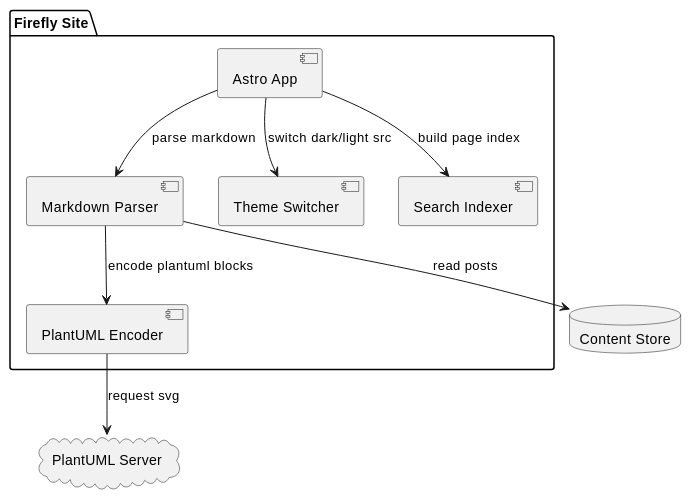
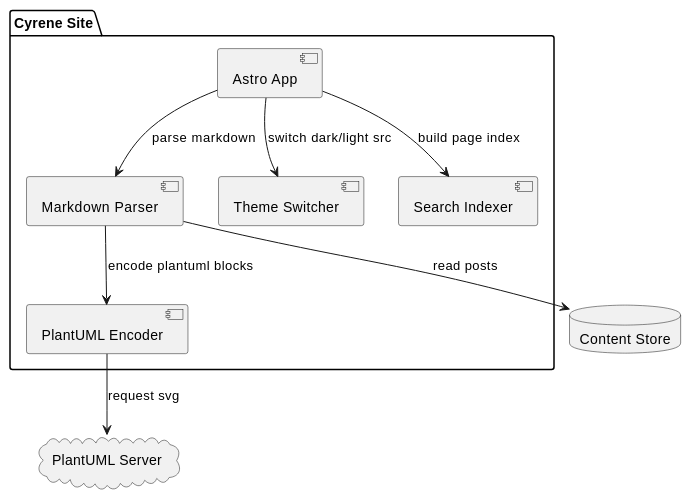
The fifth of 9 diagrams in src/content/posts/markdown-plantuml.md (aozorae/cyrene-blog), drawn with PlantUML before and after one commit. The commit also changed other lines of this file and 38 other files, not shown here.

````diff
--- a/src/content/posts/markdown-plantuml.md
+++ b/src/content/posts/markdown-plantuml.md
@@ -107,21 +107,21 @@
 ```plantuml
 @startuml
-package "Firefly Site" {
+package "Cyrene Site" {
 	[Astro App] as App
 	[Markdown Parser] as Parser
 	[PlantUML Encoder] as Encoder
 	[Theme Switcher] as Theme
 	[Search Indexer] as Search
 }
 
 cloud "PlantUML Server" as PU
 database "Content Store" as Content
 
 App --> Parser : parse markdown
 Parser --> Encoder : encode plantuml blocks
 Encoder --> PU : request svg
 App --> Theme : switch dark/light src
 App --> Search : build page index
 Parser --> Content : read posts
 @enduml
 ```
````
